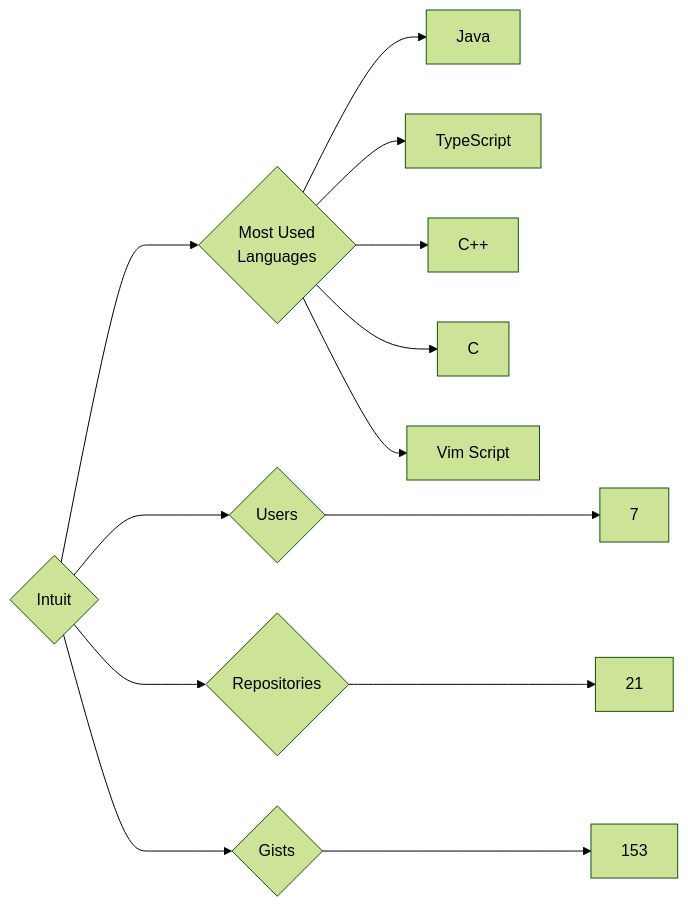
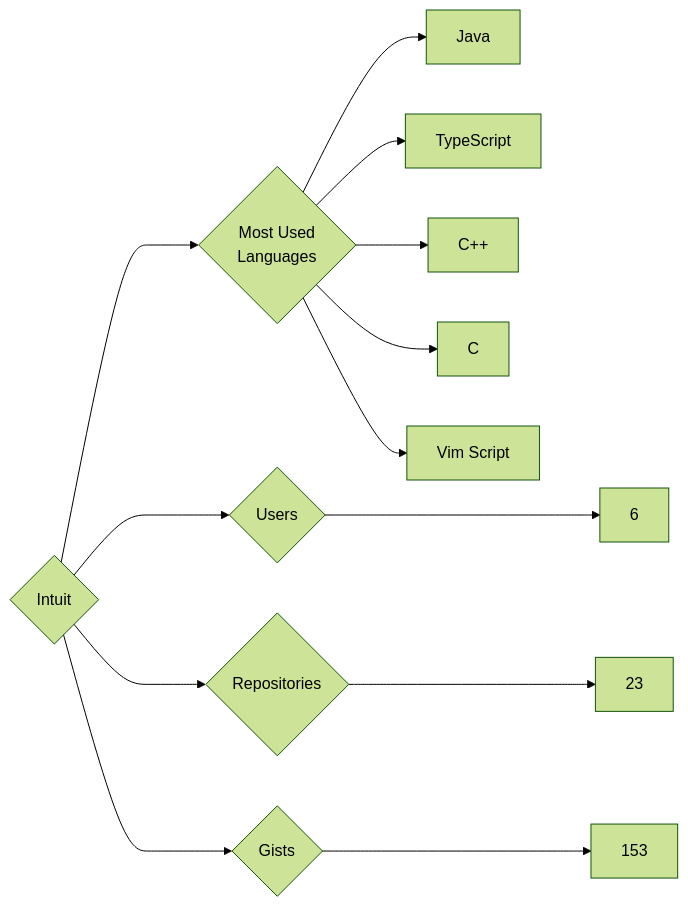
The diagram in targets/Intuit/README.md (trickest/insiders), drawn with Mermaid (forest theme) before and after one commit. The commit also changed 997 other files, not shown here.

````diff
--- a/targets/Intuit/README.md
+++ b/targets/Intuit/README.md
@@ -3,13 +3,13 @@
 ```mermaid
 graph LR
 COMPANY_NAME{Intuit}
-COMPANY_NAME ---> U{Users} ---> UN[7]
-COMPANY_NAME ---> R{Repositories} ---> RN[21]
+COMPANY_NAME ---> U{Users} ---> UN[6]
+COMPANY_NAME ---> R{Repositories} ---> RN[23]
 COMPANY_NAME ---> G{Gists} ---> GN[153]
 COMPANY_NAME ---> ML{Most Used<br>Languages}
 ML --> Java[Java]
 ML --> TypeScript[TypeScript]
 ML --> C++[C++]
 ML --> C[C]
 ML --> Vim_Script[Vim Script]
 ```
````
